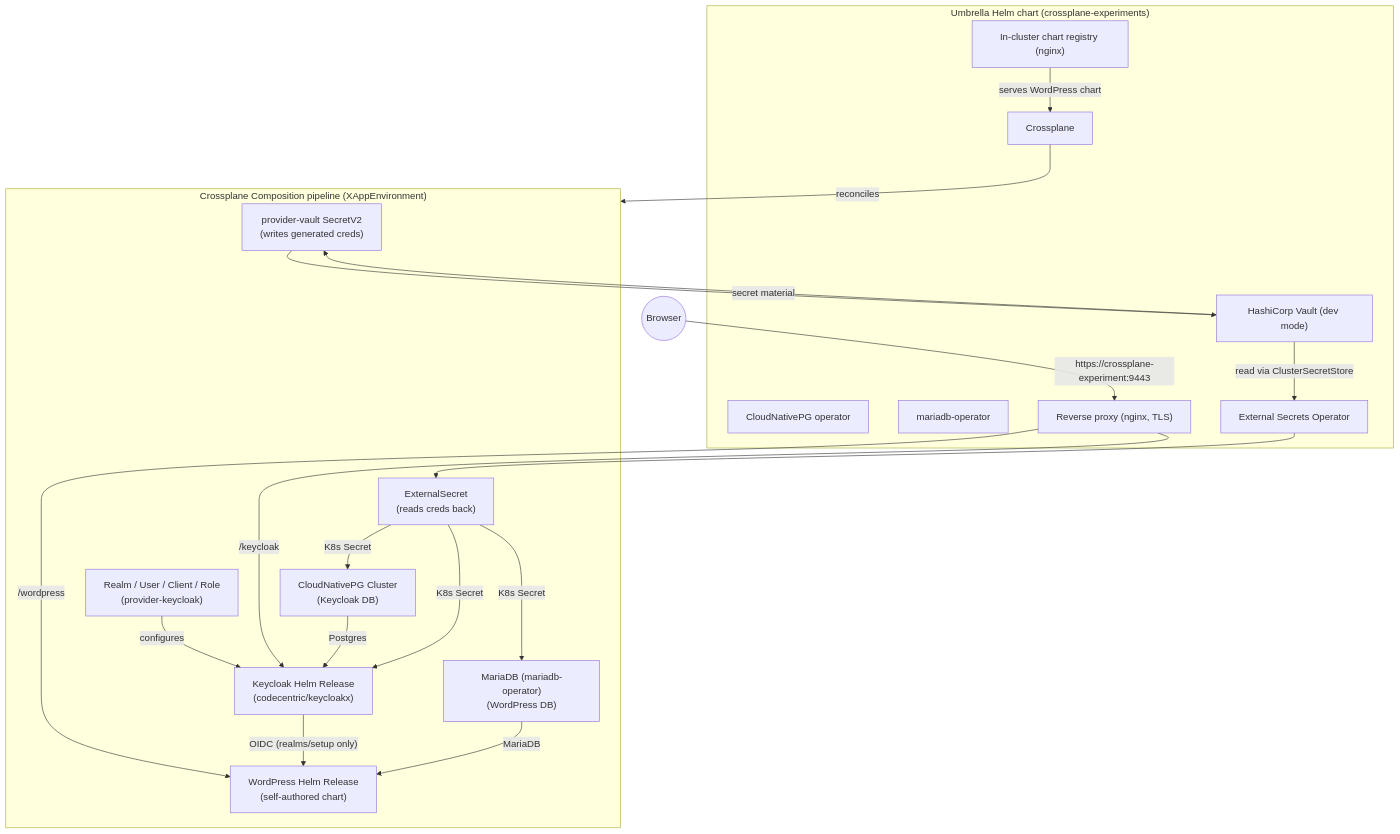
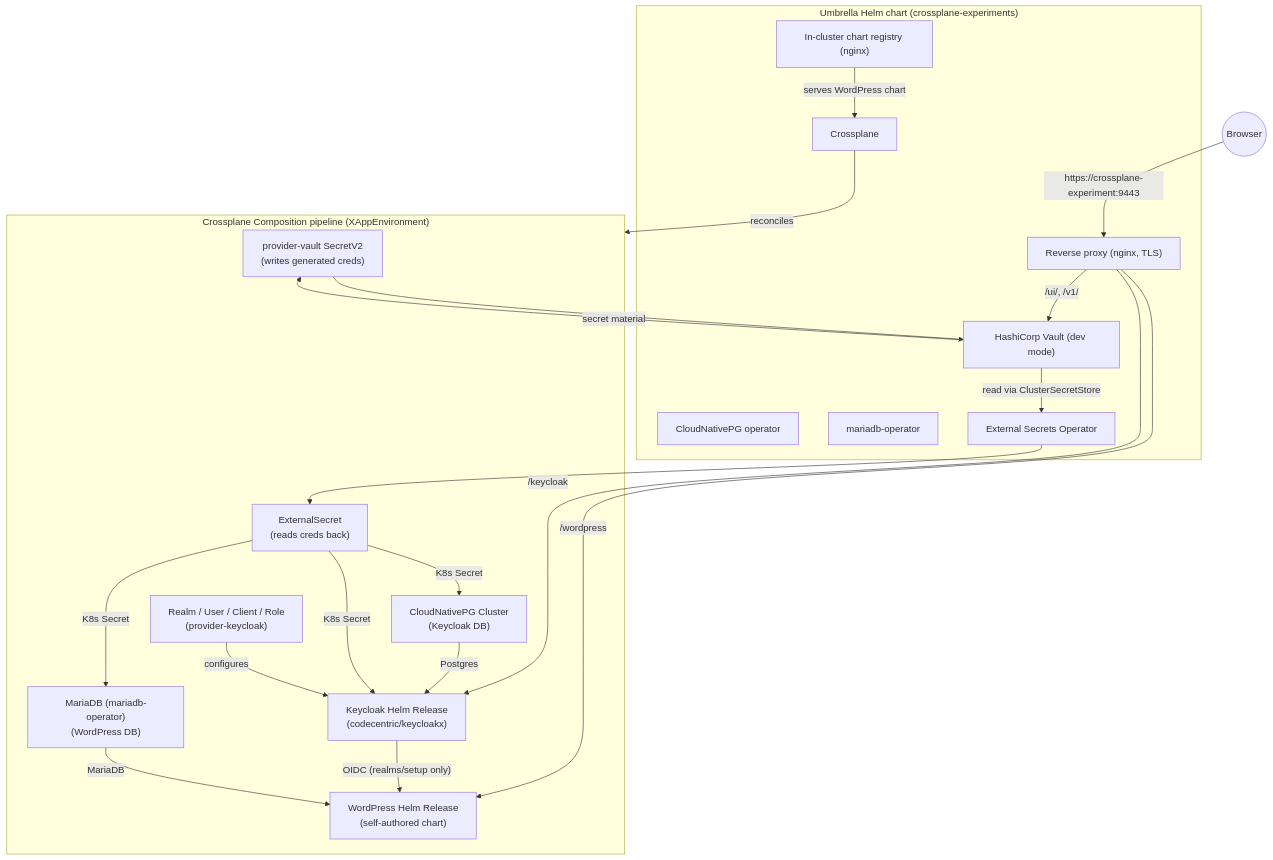
Before and after one commit to lpasquali/crossplane-experiments: the diagram in README.md, drawn with Mermaid. The commit also changed other lines of this file and 8 other files, not shown here.

````diff
--- a/README.md
+++ b/README.md
@@ -105,43 +125,44 @@
 ```mermaid
 flowchart TB
     subgraph Helm["Umbrella Helm chart (crossplane-experiments)"]
         XP["Crossplane"]
         CNPG["CloudNativePG operator"]
         MDBOP["mariadb-operator"]
         VAULT["HashiCorp Vault (dev mode)"]
         ESO["External Secrets Operator"]
         REG["In-cluster chart registry (nginx)"]
         PROXY["Reverse proxy (nginx, TLS)"]
     end
 
     subgraph XRD["Crossplane Composition pipeline (XAppEnvironment)"]
         SECV2["provider-vault SecretV2\n(writes generated creds)"]
         ES["ExternalSecret\n(reads creds back)"]
         KCPG["CloudNativePG Cluster\n(Keycloak DB)"]
         KC["Keycloak Helm Release\n(codecentric/keycloakx)"]
         REALM["Realm / User / Client / Role\n(provider-keycloak)"]
         WPDB["MariaDB (mariadb-operator)\n(WordPress DB)"]
         WP["WordPress Helm Release\n(self-authored chart)"]
     end
 
     VAULT -- "secret material" --> SECV2
     SECV2 --> VAULT
     VAULT -- "read via ClusterSecretStore" --> ESO
     ESO --> ES
     ES -- "K8s Secret" --> KCPG
     ES -- "K8s Secret" --> KC
     ES -- "K8s Secret" --> WPDB
 
     KCPG -- "Postgres" --> KC
     KC -- "OIDC (realms/setup only)" --> WP
     REALM -- "configures" --> KC
     WPDB -- "MariaDB" --> WP
 
     REG -- "serves WordPress chart" --> XP
     XP -- "reconciles" --> XRD
 
     PROXY -- "/wordpress" --> WP
     PROXY -- "/keycloak" --> KC
+    PROXY -- "/ui/, /v1/" --> VAULT
 
     User(("Browser")) -- "https://crossplane-experiment:9443" --> PROXY
 ```
````
